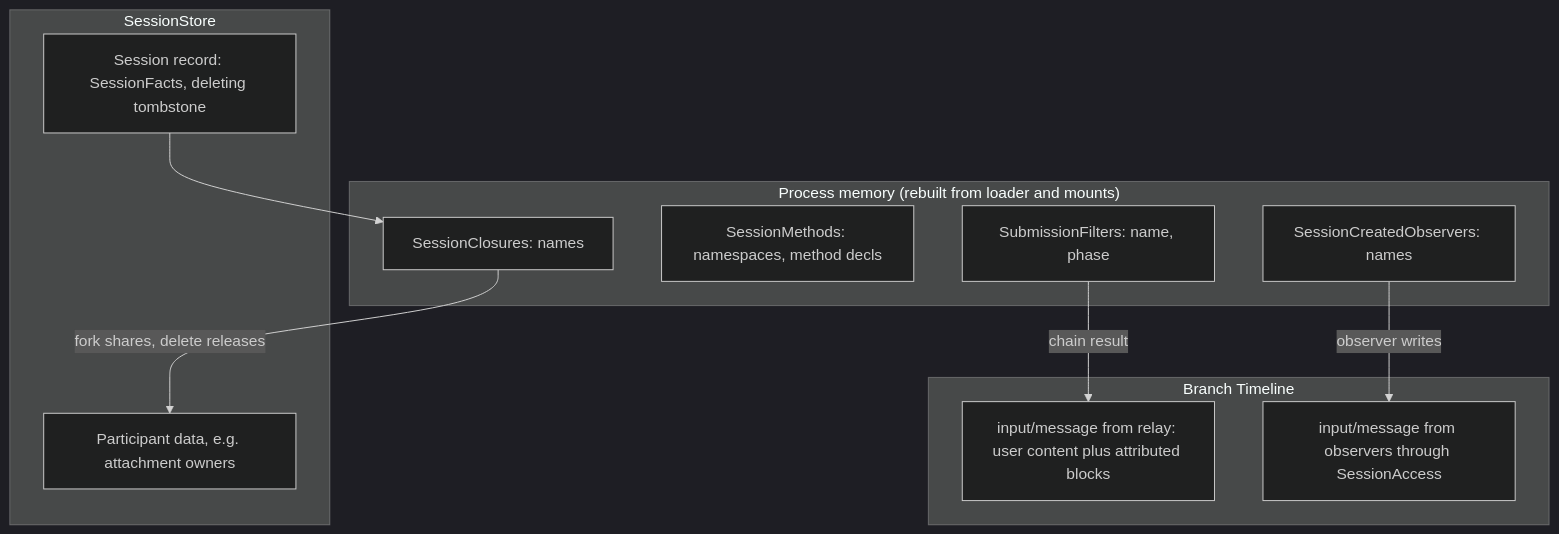
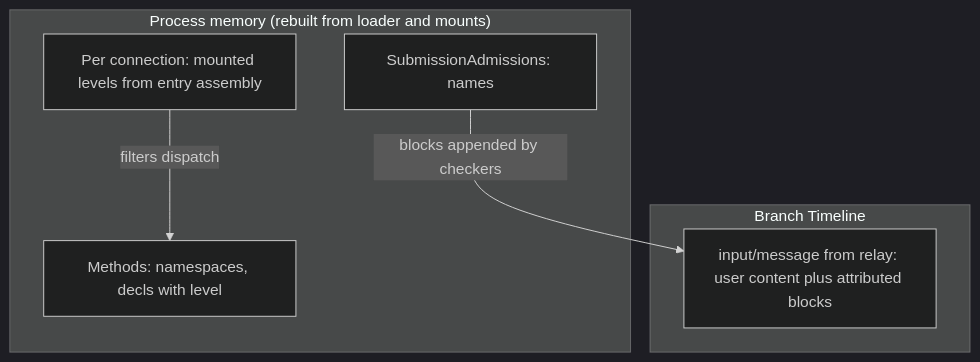
One commit to CoutinhoTTS/dim-agent changed the second of 5 diagrams in docs/design/contracts/session-boundary.md. Above: the diagram before and after it, drawn with Mermaid (dark theme). The commit also changed other lines of this file and 4 other files, not shown here.

````diff
--- a/docs/design/contracts/session-boundary.md
+++ b/docs/design/contracts/session-boundary.md
@@ -50,21 +50,13 @@
 ```mermaid
 flowchart TB
   subgraph MEM["Process memory (rebuilt from loader and mounts)"]
-    R1["SubmissionFilters: name, phase"]
-    R2["SessionMethods: namespaces, method decls"]
-    R3["SessionCreatedObservers: names"]
-    R4["SessionClosures: names"]
+    R1["Methods: namespaces, decls with level"]
+    R2["SubmissionAdmissions: names"]
+    E["Per connection: mounted levels from entry assembly"]
   end
   subgraph TLB["Branch Timeline"]
     IM["input/message from relay: user content plus attributed blocks"]
-    OI["input/message from observers through SessionAccess"]
   end
-  subgraph STORE["SessionStore"]
-    Rec["Session record: SessionFacts, deleting tombstone"]
-    PData["Participant data, e.g. attachment owners"]
-  end
-  R1 -->|"chain result"| IM
-  R3 -->|"observer writes"| OI
-  R4 -->|"fork shares, delete releases"| PData
-  Rec --> R4
+  R2 -->|"blocks appended by checkers"| IM
+  E -->|"filters dispatch"| R1
 ```
````
